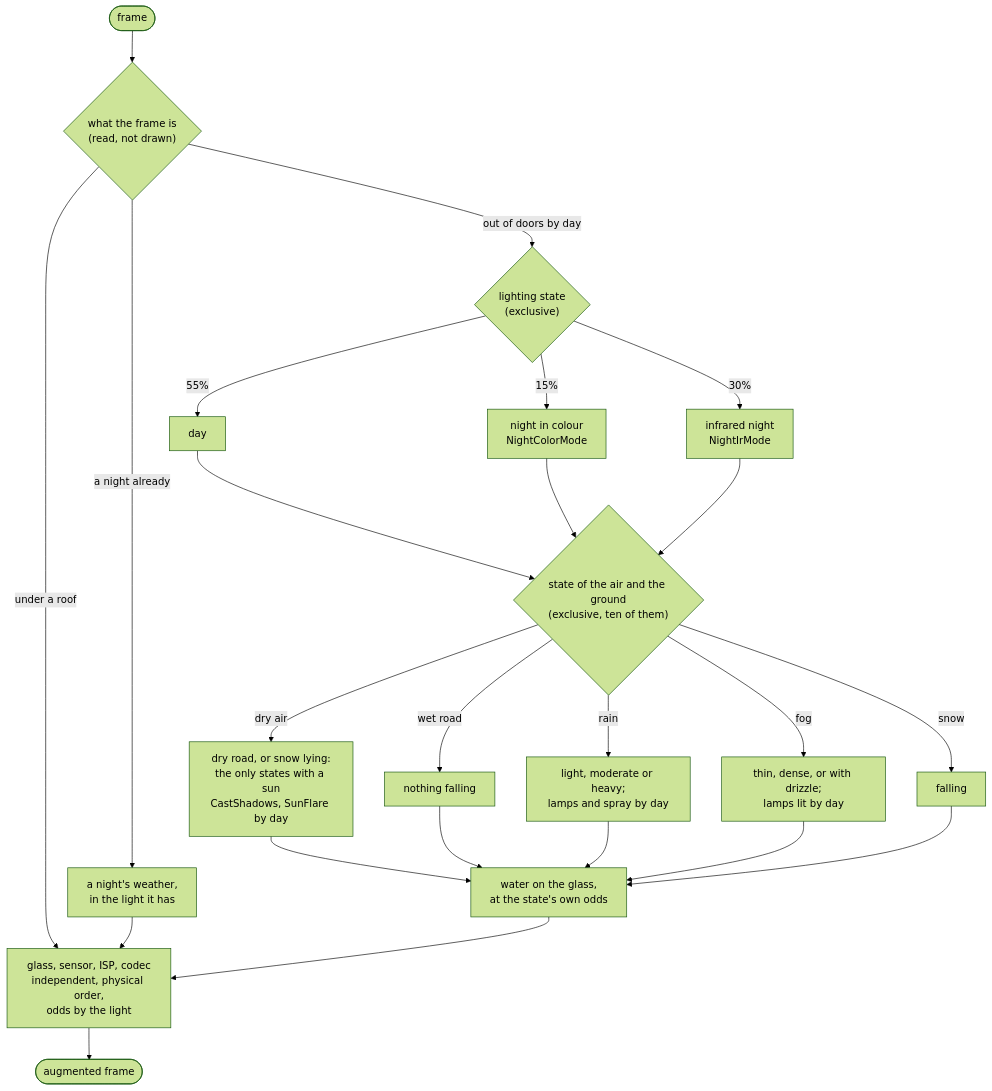
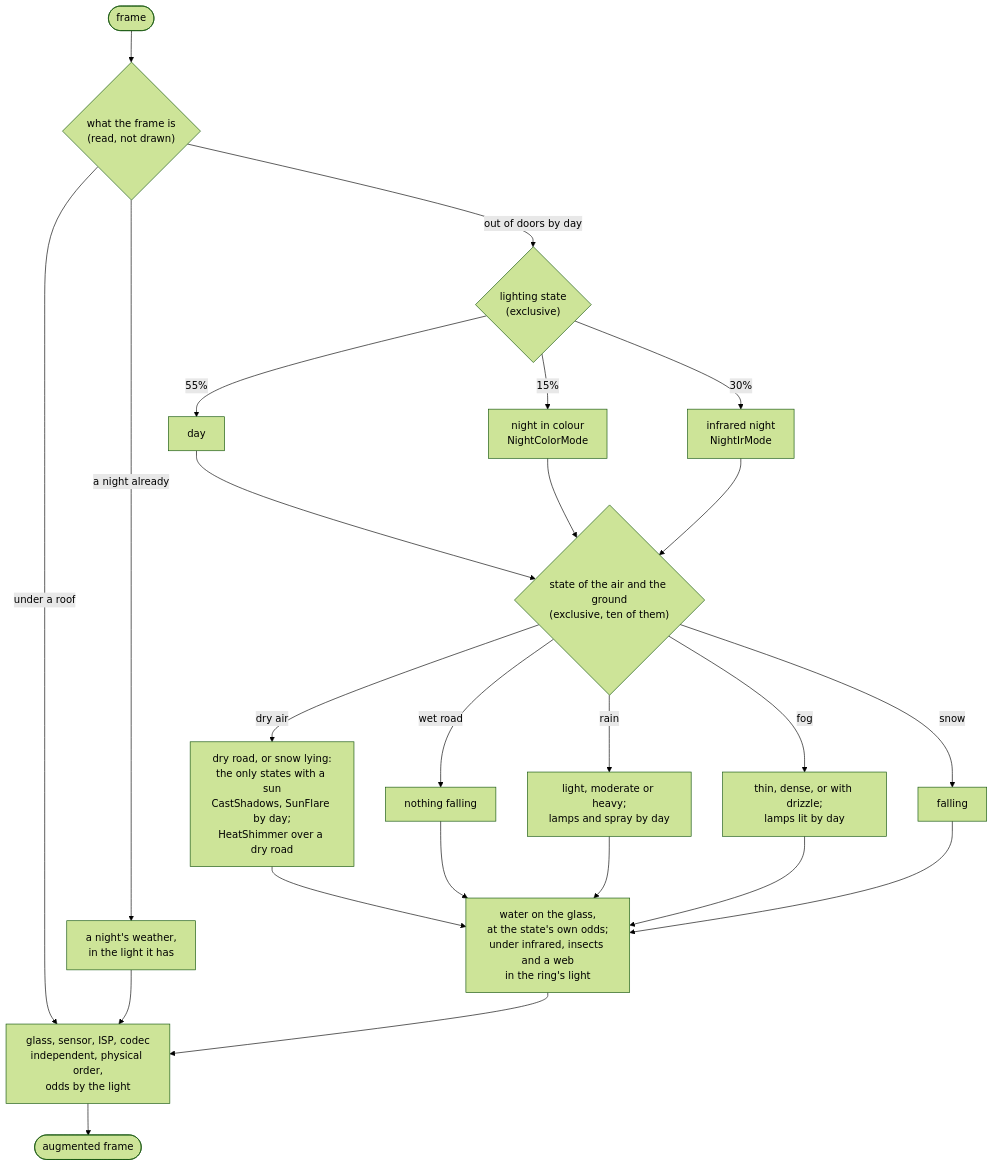
One commit to desmoteo/surmentations changed the diagram in docs/pipelines.md. Above: the diagram before and after it, drawn with Mermaid (forest theme). The commit also changed other lines of this file and 3 other files, not shown here.

First line of the commit message:
Pipeline guide: insects, webs and heat shimmer, and where each is drawn

````diff
--- a/docs/pipelines.md
+++ b/docs/pipelines.md
@@ -96,26 +96,26 @@
 ```mermaid
 flowchart TD
     START([frame]) --> SRC{"what the frame is<br/>(read, not drawn)"}
     SRC -->|"under a roof"| TAIL
     SRC -->|"a night already"| ASIS["a night's weather,<br/>in the light it has"]
     SRC -->|"out of doors by day"| LIGHT{"lighting state<br/>(exclusive)"}
     LIGHT -->|55%| DAY["day"]
     LIGHT -->|15%| LIT["night in colour<br/>NightColorMode"]
     LIGHT -->|30%| IR["infrared night<br/>NightIrMode"]
     DAY --> W{"state of the air and the ground<br/>(exclusive, ten of them)"}
     LIT --> W
     IR --> W
     ASIS --> TAIL
-    W -->|"dry air"| DRY["dry road, or snow lying:<br/>the only states with a sun<br/>CastShadows, SunFlare by day"]
+    W -->|"dry air"| DRY["dry road, or snow lying:<br/>the only states with a sun<br/>CastShadows, SunFlare by day;<br/>HeatShimmer over a dry road"]
     W -->|"wet road"| WETROAD["nothing falling"]
     W -->|"rain"| RAIN["light, moderate or heavy;<br/>lamps and spray by day"]
     W -->|"fog"| FOG["thin, dense, or with drizzle;<br/>lamps lit by day"]
     W -->|"snow"| SNOW["falling"]
-    DRY --> GLASS["water on the glass,<br/>at the state's own odds"]
+    DRY --> GLASS["water on the glass,<br/>at the state's own odds;<br/>under infrared, insects and a web<br/>in the ring's light"]
     WETROAD --> GLASS
     RAIN --> GLASS
     FOG --> GLASS
     SNOW --> GLASS
     GLASS --> TAIL["glass, sensor, ISP, codec<br/>independent, physical order,<br/>odds by the light"]
     TAIL --> OUT([augmented frame])
 ```
````
